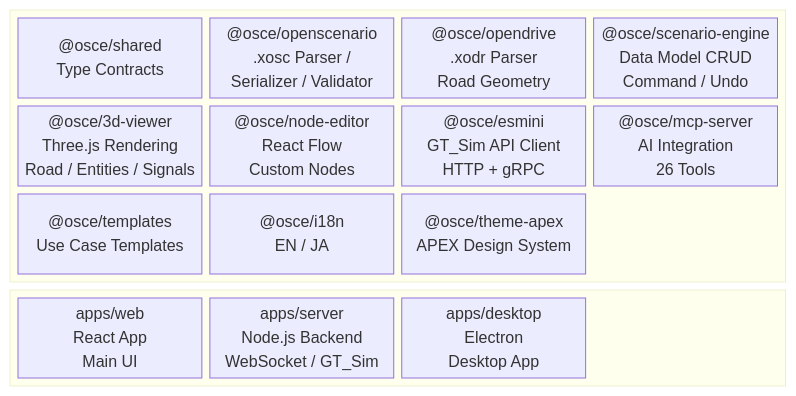
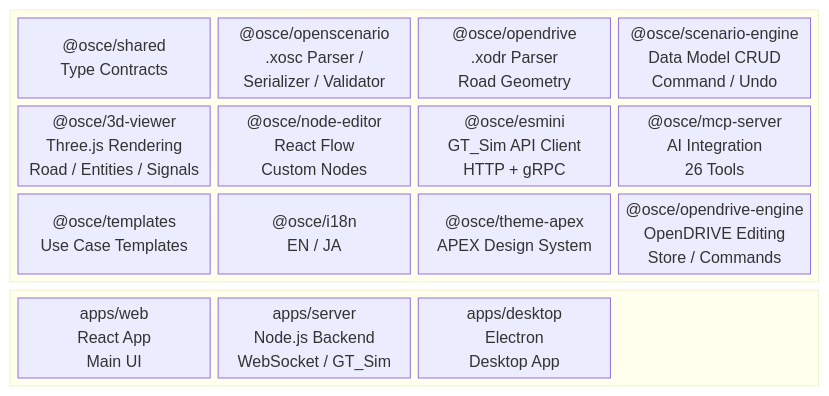
Before and after one commit to GT-karny/GT-OpenSCENARIOEditor: the first of 7 diagrams in docs/ARCHITECTURE.md, drawn with Mermaid. The commit also changed other lines of this file and 32 other files, not shown here.

````diff
--- a/docs/ARCHITECTURE.md
+++ b/docs/ARCHITECTURE.md
@@ -39,30 +39,30 @@
 ```mermaid
 block-beta
   columns 4
 
   block:packages:4
     columns 4
     shared["@osce/shared\nType Contracts"]
     openscenario["@osce/openscenario\n.xosc Parser /\nSerializer / Validator"]
     opendrive["@osce/opendrive\n.xodr Parser\nRoad Geometry"]
     engine["@osce/scenario-engine\nData Model CRUD\nCommand / Undo"]
 
     viewer["@osce/3d-viewer\nThree.js Rendering\nRoad / Entities / Signals"]
     nodeeditor["@osce/node-editor\nReact Flow\nCustom Nodes"]
     esmini["@osce/esmini\nGT_Sim API Client\nHTTP + gRPC"]
     mcp["@osce/mcp-server\nAI Integration\n26 Tools"]
 
     templates["@osce/templates\nUse Case Templates"]
     i18n["@osce/i18n\nEN / JA"]
     themeapex["@osce/theme-apex\nAPEX Design System"]
-    space
+    odrengine["@osce/opendrive-engine\nOpenDRIVE Editing\nStore / Commands"]
   end
 
   block:apps:4
     columns 4
     web["apps/web\nReact App\nMain UI"]
     server["apps/server\nNode.js Backend\nWebSocket / GT_Sim"]
     desktop["apps/desktop\nElectron\nDesktop App"]
     space
   end
 ```
````
